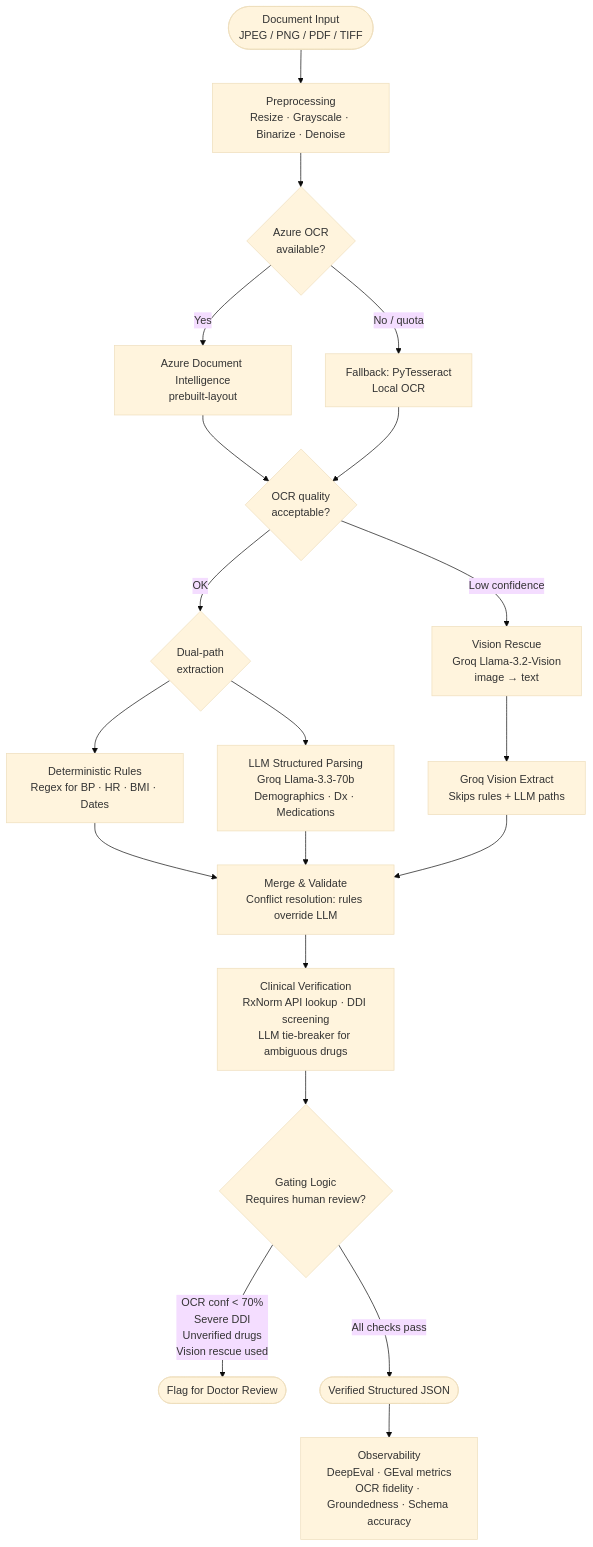
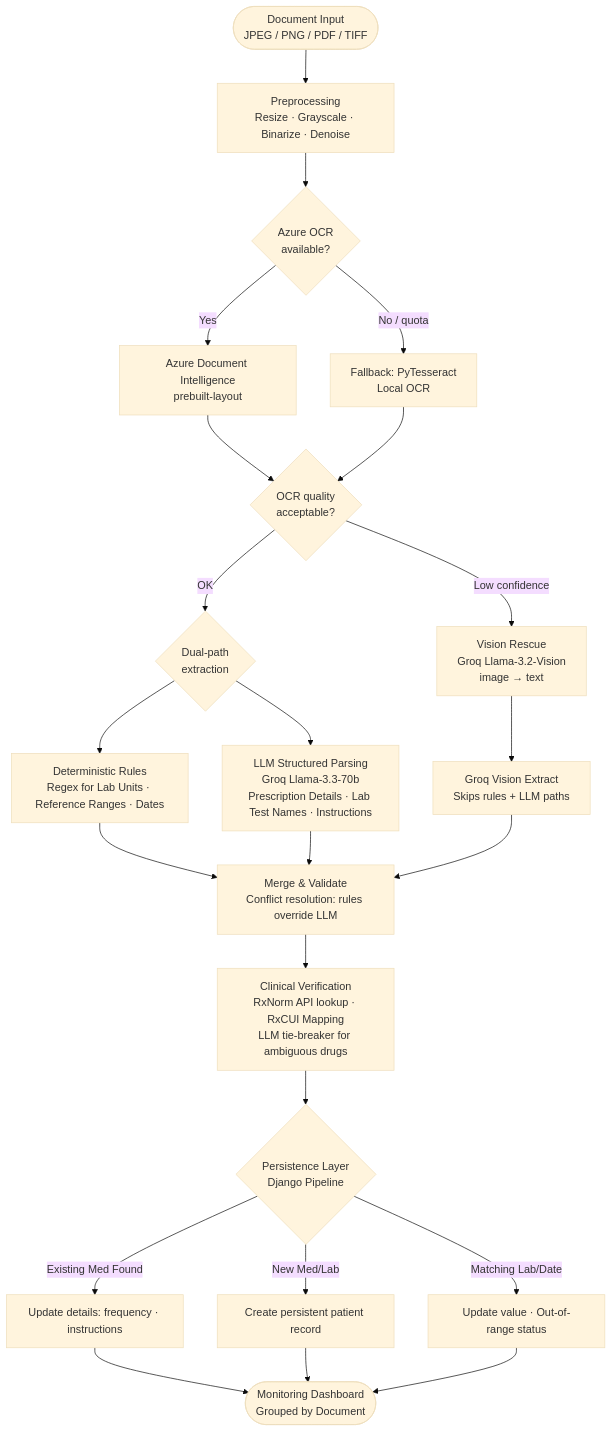
One commit to EdamHakim/Glunova changed the diagram in OCR Architecture.md. Above: the diagram before and after it, drawn with Mermaid (base theme). The commit also changed other lines of this file and 16 other files, not shown here.

````diff
--- a/OCR Architecture.md
+++ b/OCR Architecture.md
@@ -27,35 +27,36 @@
 ```mermaid
 flowchart TD
     A(["Document Input<br/>JPEG / PNG / PDF / TIFF"]) --> B
 
     B["Preprocessing<br/>Resize · Grayscale · Binarize · Denoise"]
     B --> C
 
     C{"Azure OCR<br/>available?"}
     C -- "Yes" --> D["Azure Document Intelligence<br/>prebuilt-layout"]
     C -- "No / quota" --> E["Fallback: PyTesseract<br/>Local OCR"]
     D --> F{"OCR quality<br/>acceptable?"}
     E --> F
 
     F -- "Low confidence" --> G["Vision Rescue<br/>Groq Llama-3.2-Vision<br/>image → text"]
     F -- "OK" --> H
 
     G --> K
 
     H{"Dual-path<br/>extraction"}
-    H --> I["Deterministic Rules<br/>Regex for BP · HR · BMI · Dates"]
-    H --> J["LLM Structured Parsing<br/>Groq Llama-3.3-70b<br/>Demographics · Dx · Medications"]
+    H --> I["Deterministic Rules<br/>Regex for Lab Units · Reference Ranges · Dates"]
+    H --> J["LLM Structured Parsing<br/>Groq Llama-3.3-70b<br/>Prescription Details · Lab Test Names · Instructions"]
 
     I --> L["Merge & Validate<br/>Conflict resolution: rules override LLM"]
     J --> L
     K["Groq Vision Extract<br/>Skips rules + LLM paths"] --> L
 
-    L --> M["Clinical Verification<br/>RxNorm API lookup · DDI screening<br/>LLM tie-breaker for ambiguous drugs"]
+    L --> M["Clinical Verification<br/>RxNorm API lookup · RxCUI Mapping<br/>LLM tie-breaker for ambiguous drugs"]
 
-    M --> N{"Gating Logic<br/>Requires human review?"}
+    M --> N{"Persistence Layer<br/>Django Pipeline"}
 
-    N -- "OCR conf < 70%<br/>Severe DDI<br/>Unverified drugs<br/>Vision rescue used" --> O(["Flag for Doctor Review"])
-    N -- "All checks pass" --> P(["Verified Structured JSON"])
+    N -- "Existing Med Found" --> O["Update details: frequency · instructions"]
+    N -- "New Med/Lab" --> P["Create persistent patient record"]
+    N -- "Matching Lab/Date" --> Q["Update value · Out-of-range status"]
 
-    P --> Q["Observability<br/>DeepEval · GEval metrics<br/>OCR fidelity · Groundedness · Schema accuracy"]
+    O & P & Q --> R(["Monitoring Dashboard<br/>Grouped by Document"])
 ```
````
